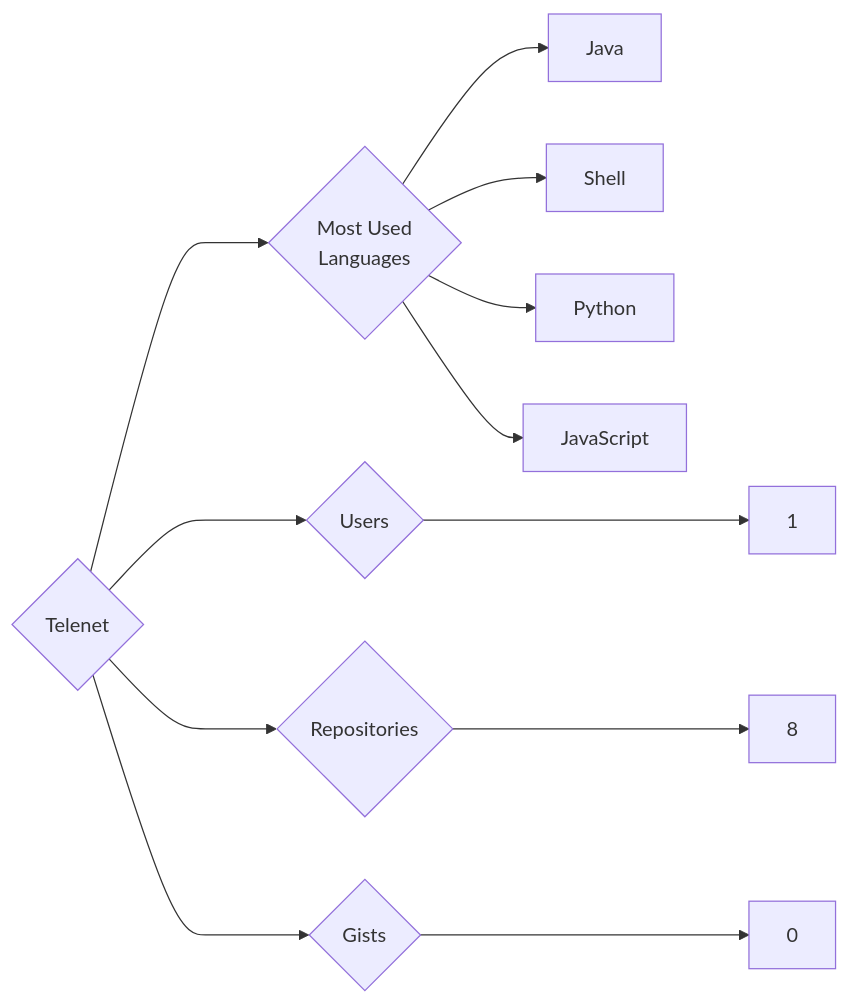
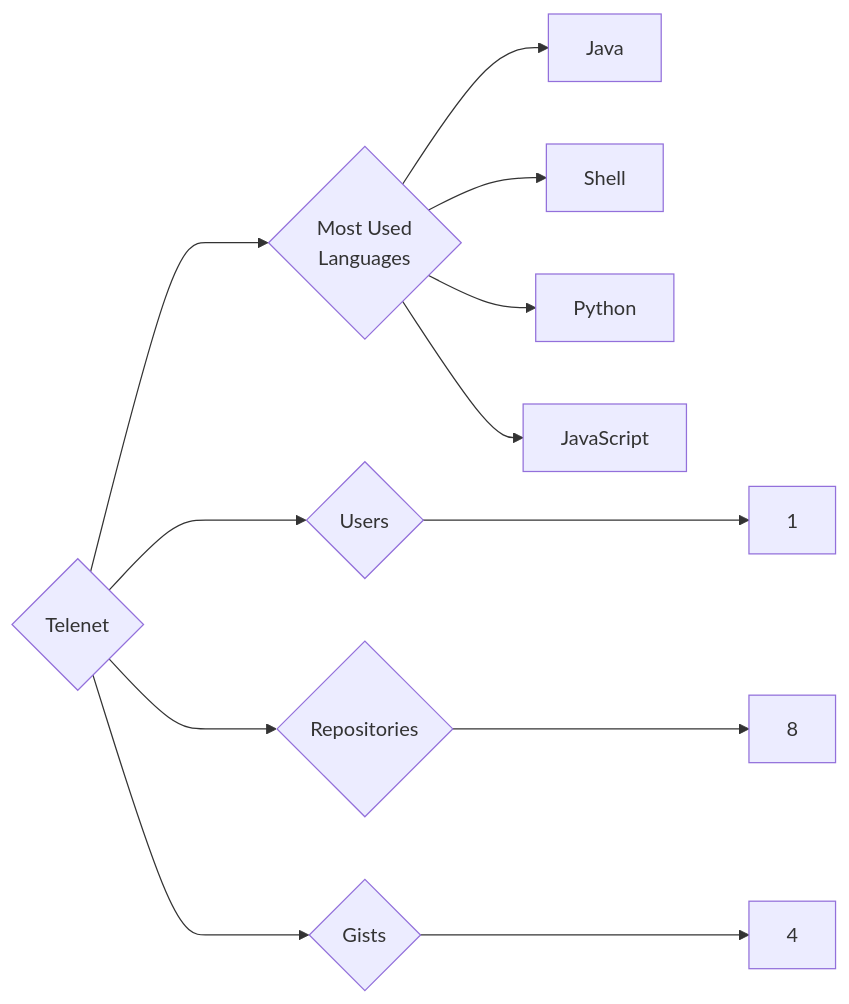
The diagram in targets/Telenet/README.md (trickest/insiders), drawn with Mermaid before and after one commit. The commit also changed 997 other files, not shown here.

````diff
--- a/targets/Telenet/README.md
+++ b/targets/Telenet/README.md
@@ -3,12 +3,12 @@
 ```mermaid
 graph LR
 COMPANY_NAME{Telenet}
 COMPANY_NAME ---> U{Users} ---> UN[1]
 COMPANY_NAME ---> R{Repositories} ---> RN[8]
-COMPANY_NAME ---> G{Gists} ---> GN[0]
+COMPANY_NAME ---> G{Gists} ---> GN[4]
 COMPANY_NAME ---> ML{Most Used<br>Languages}
-ML --> Java
-ML --> Shell
-ML --> Python
-ML --> JavaScript
+ML --> Java[Java]
+ML --> Shell[Shell]
+ML --> Python[Python]
+ML --> JavaScript[JavaScript]
 ```
````
